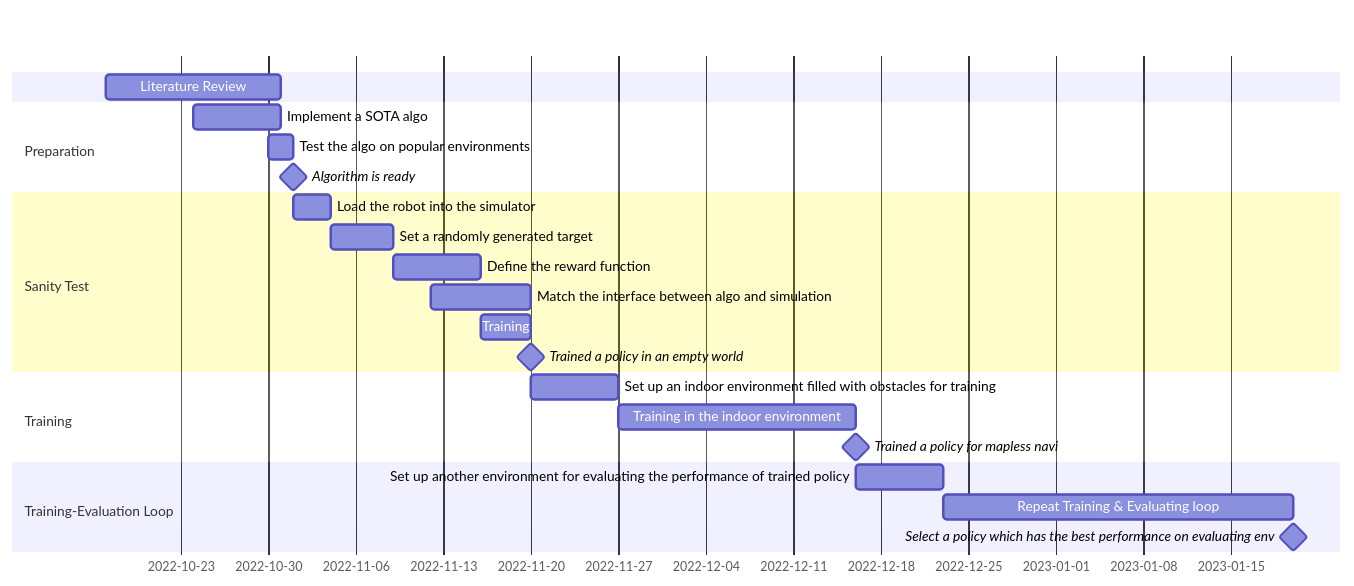
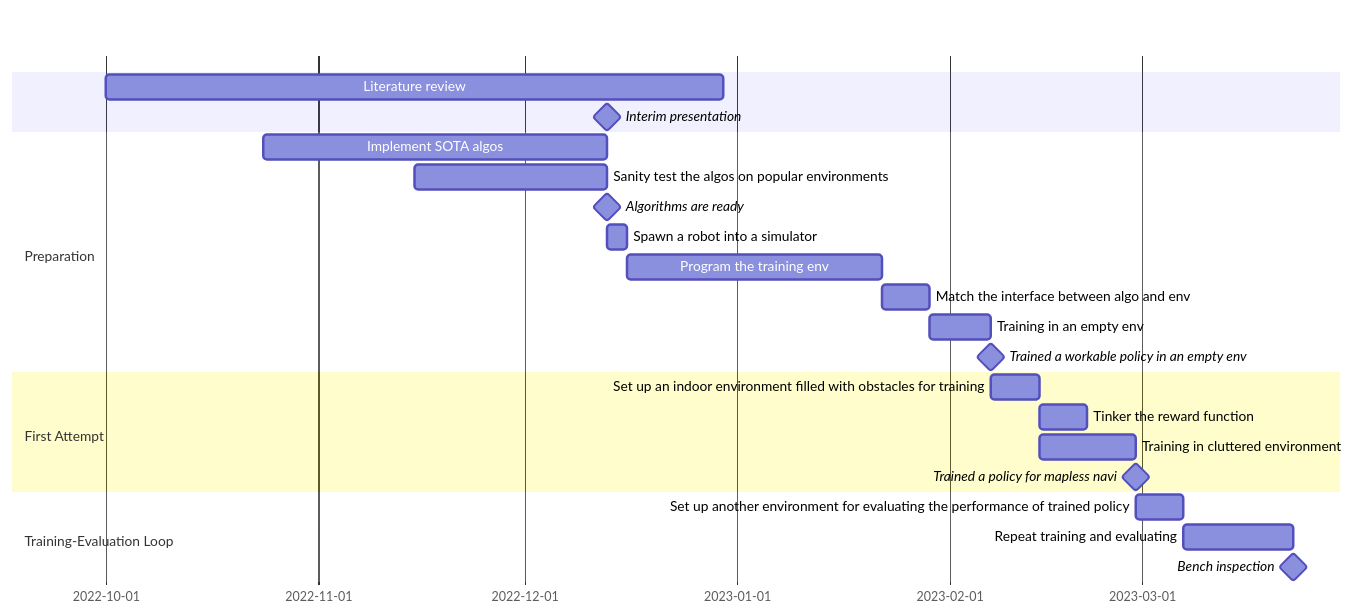
One commit to minghongx/final-year-project changed the diagram in README.md. Above: the diagram before and after it, drawn with Mermaid.

Commit message:
Update Activity Diary

````diff
--- a/README.md
+++ b/README.md
@@ -25,29 +25,28 @@
 ```mermaid
 gantt
     dateFormat  YYYY-MM-DD
 
-    Literature Review: literature_review, 2022-10-17, 2022-10-31
+    Literature review: literature_review, 2022-10-1, 90d
+    Interim presentation: milestone, 2022-12-13,
 
     section Preparation
-    Implement a SOTA algo: 2022-10-24, 7d
-    Test the algo on popular environments: test_algo, 2022-10-30, 2d
-    Algorithm is ready : milestone, 2022-11-01, 0d
+    Implement SOTA algos: 2022-10-24, 50d
+    Sanity test the algos on popular environments: test_algo, 2022-11-15, 28d
+    Algorithms are ready : milestone, 2022-12-13, 0d
+    Spawn a robot into a simulator: load_robot, after test_algo, 3d
+    Program the training env: program_env, after load_robot, 37d
+    Match the interface between algo and env: match_interface,after program_env, 7d
+    Training in an empty env: traning_in_empty_env, after match_interface, 9d
+    Trained a workable policy in an empty env: milestone, 2023-2-7,
 
-    section Sanity Test
-    Load the robot into the simulator: load_robot, after test_algo, 3d
-    Set a randomly generated target: generate_target, after load_robot, 5d
-    Define the reward function: after generate_target, 7d
-    Match the interface between algo and simulation: 2022-11-12, 2022-11-20
-    Training: traning_in_empty_world, 2022-11-16, 2022-11-20
-    Trained a policy in an empty world: milestone, 2022-11-20, 
-    
-    section Training
-    Set up an indoor environment filled with obstacles for training: setup_indoor_env, after traning_in_empty_world, 7d
-    Training in the indoor environment: training_in_indoor_env, after setup_indoor_env, 2022-12-16
-    Trained a policy for mapless navi: milestone, after training_in_indoor_env
+    section First Attempt
+    Set up an indoor environment filled with obstacles for training: setup_indoor_env, after traning_in_empty_env, 7d
+    Tinker the reward function: after setup_indoor_env, 7d
+    Training in cluttered environment: training_in_cluttered_env, after setup_indoor_env, 14d
+    Trained a policy for mapless navi: milestone, after training_in_cluttered_env
 
     section Training-Evaluation Loop
-    Set up another environment for evaluating the performance of trained policy: setup_devel_env, after training_in_indoor_env, 7d
-    Repeat Training & Evaluating loop: training_evaluating_loop, after setup_devel_env, 28d
-    Select a policy which has the best performance on evaluating env: milestone, after training_evaluating_loop
+    Set up another environment for evaluating the performance of trained policy: setup_devel_env, after training_in_cluttered_env, 7d
+    Repeat training and evaluating: train_eval, after setup_devel_env, 2023-03-23
+    Bench inspection: milestone, after train_eval
 ```
````
